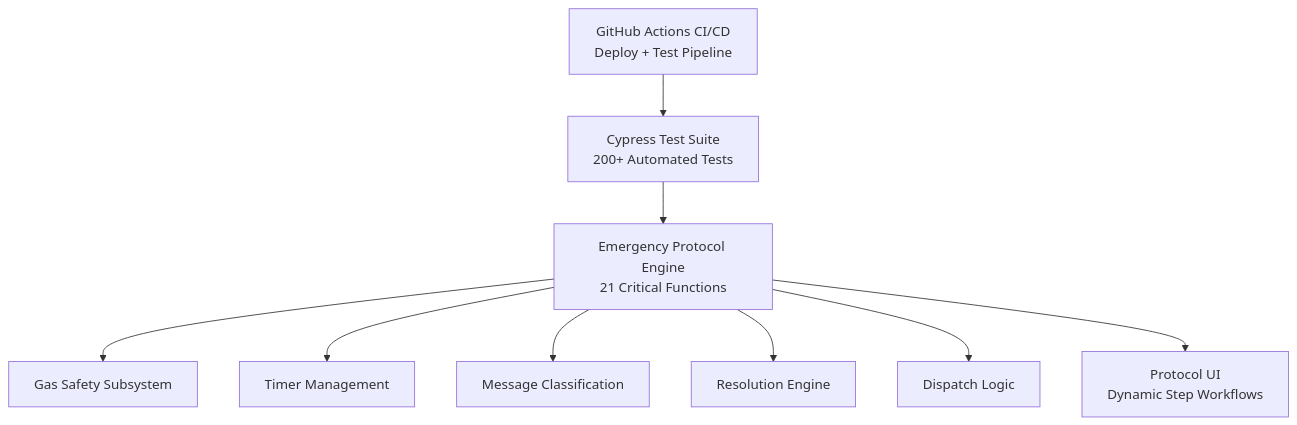
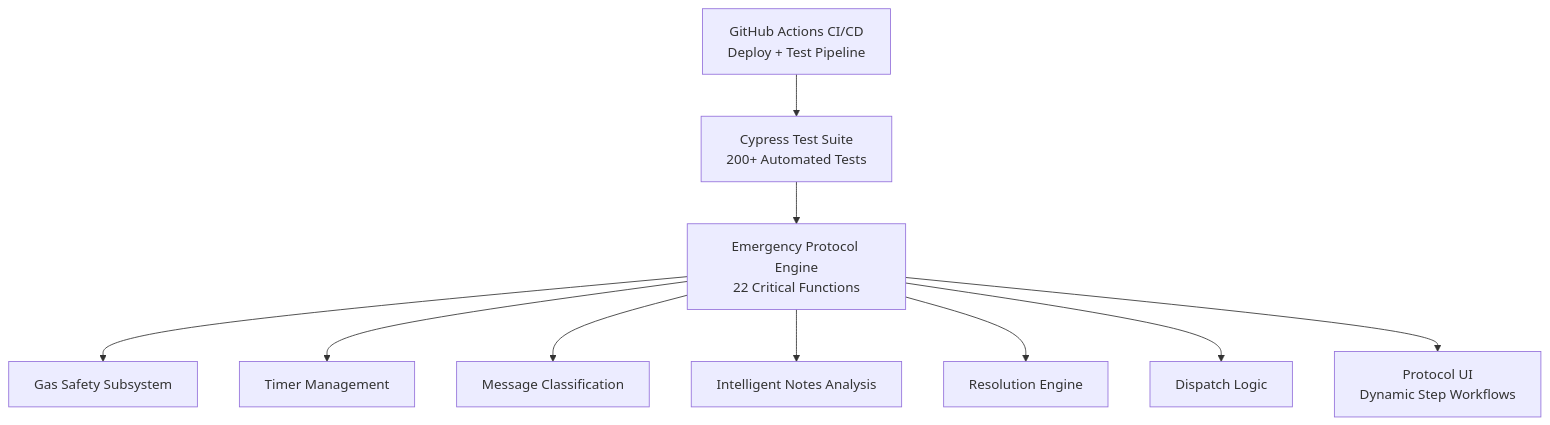
One commit to Ivanhoe1970/BLN_Cypress_Showcase changed the diagram in docs/ARCHITECTURE.md. Above: the diagram before and after it, drawn with Mermaid. The commit also changed other lines of this file and 4 other files, not shown here.

Commit message:
feat: fully annotate ADDMANUALNOTE and ANALYZENOTE functions + update docs referencing Intelligent Notes Analysis Engine

````diff
--- a/docs/ARCHITECTURE.md
+++ b/docs/ARCHITECTURE.md
@@ -56,13 +58,14 @@
 ```mermaid
 flowchart TD
-    A[Emergency Protocol Engine<br/>21 Critical Functions] --> B[Gas Safety Subsystem]
+    A[Emergency Protocol Engine<br/>22 Critical Functions] --> B[Gas Safety Subsystem]
     A --> C[Timer Management]
     A --> D[Message Classification]
-    A --> E[Resolution Engine]
-    A --> F[Dispatch Logic]
+    A --> E[Intelligent Notes Analysis]
+    A --> F[Resolution Engine]
+    A --> G[Dispatch Logic]
 
-    G[Cypress Test Suite<br/>200+ Automated Tests] --> A
-    H[GitHub Actions CI/CD<br/>Deploy + Test Pipeline] --> G
+    H[Cypress Test Suite<br/>200+ Automated Tests] --> A
+    I[GitHub Actions CI/CD<br/>Deploy + Test Pipeline] --> H
 
-    A --> I[Protocol UI<br/>Dynamic Step Workflows]
+    A --> J[Protocol UI<br/>Dynamic Step Workflows]
 ```
````
